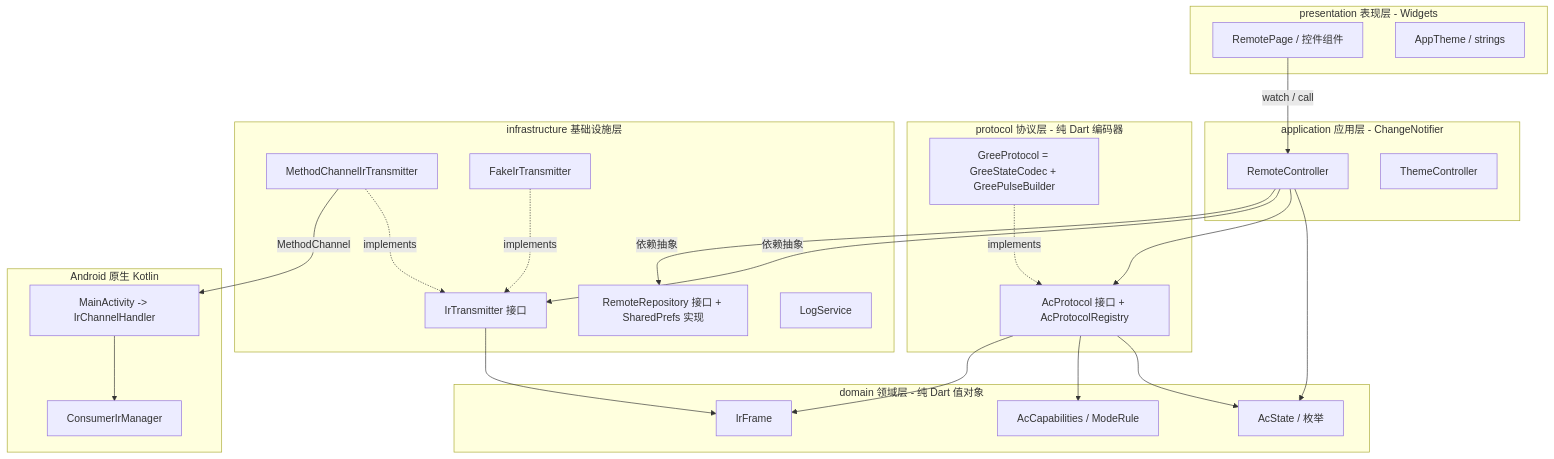
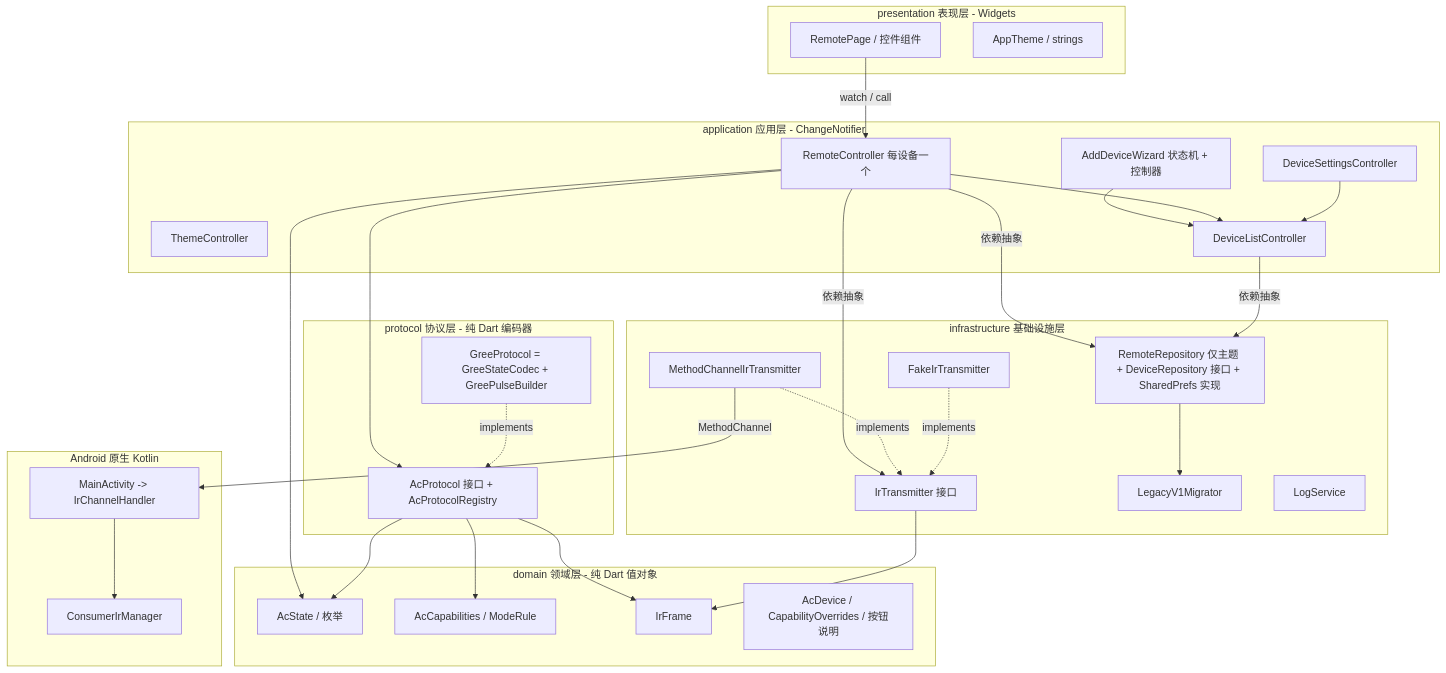
Before and after one commit to qpzm7903/flutter-aircon-remote: the first of 2 diagrams in docs/architecture.md, drawn with Mermaid. The commit also changed other lines of this file and 2 other files, not shown here.

Commit message:
docs: v0.2.0 design — multi-device, pairing wizard, data-driven controls (Claude)

````diff
--- a/docs/architecture.md
+++ b/docs/architecture.md
@@ -49,46 +51,56 @@
 ```mermaid
 flowchart TB
     subgraph PRES[presentation 表现层 - Widgets]
         P1[RemotePage / 控件组件]
         P2[AppTheme / strings]
     end
     subgraph APP[application 应用层 - ChangeNotifier]
-        A1[RemoteController]
+        A1[RemoteController 每设备一个]
         A2[ThemeController]
+        A3[DeviceListController]
+        A4[AddDeviceWizard 状态机 + 控制器]
+        A5[DeviceSettingsController]
     end
     subgraph DOM[domain 领域层 - 纯 Dart 值对象]
         D1[AcState / 枚举]
         D2[AcCapabilities / ModeRule]
         D3[IrFrame]
+        D4[AcDevice / CapabilityOverrides / 按钮说明]
     end
     subgraph PROTO[protocol 协议层 - 纯 Dart 编码器]
         PR1[AcProtocol 接口 + AcProtocolRegistry]
         PR2[GreeProtocol = GreeStateCodec + GreePulseBuilder]
     end
     subgraph INFRA[infrastructure 基础设施层]
         I1[IrTransmitter 接口]
         I2[MethodChannelIrTransmitter]
         I3[FakeIrTransmitter]
-        I4[RemoteRepository 接口 + SharedPrefs 实现]
+        I4[RemoteRepository 仅主题 + DeviceRepository 接口 + SharedPrefs 实现]
+        I6[LegacyV1Migrator]
         I5[LogService]
     end
     subgraph NATIVE[Android 原生 Kotlin]
         N1[MainActivity -> IrChannelHandler]
         N2[ConsumerIrManager]
     end
 
     P1 -->|watch / call| A1
     A1 --> D1
     A1 --> PR1
     A1 -->|依赖抽象| I1
     A1 -->|依赖抽象| I4
+    A3 -->|依赖抽象| I4
+    A4 --> A3
+    A1 --> A3
+    A5 --> A3
+    I4 --> I6
     PR1 --> D1
     PR1 --> D2
     PR1 --> D3
     PR2 -. implements .-> PR1
     I1 --> D3
     I2 -. implements .-> I1
     I3 -. implements .-> I1
     I2 -->|MethodChannel| N1
     N1 --> N2
 ```
````
